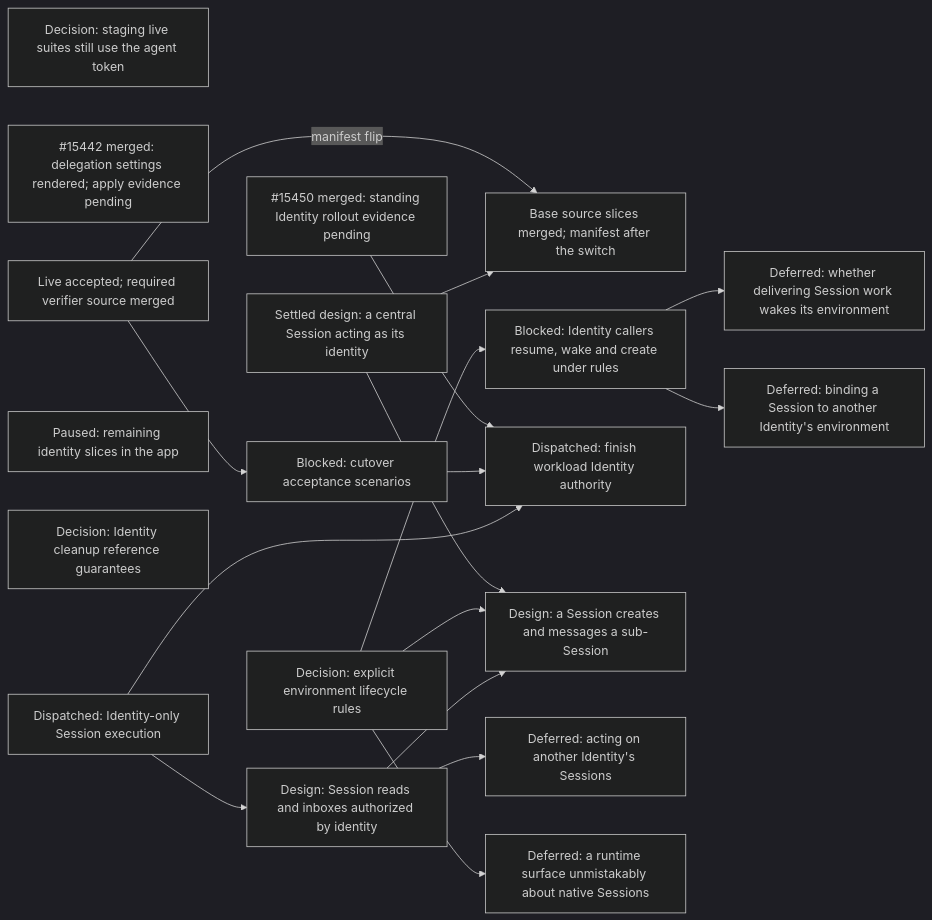
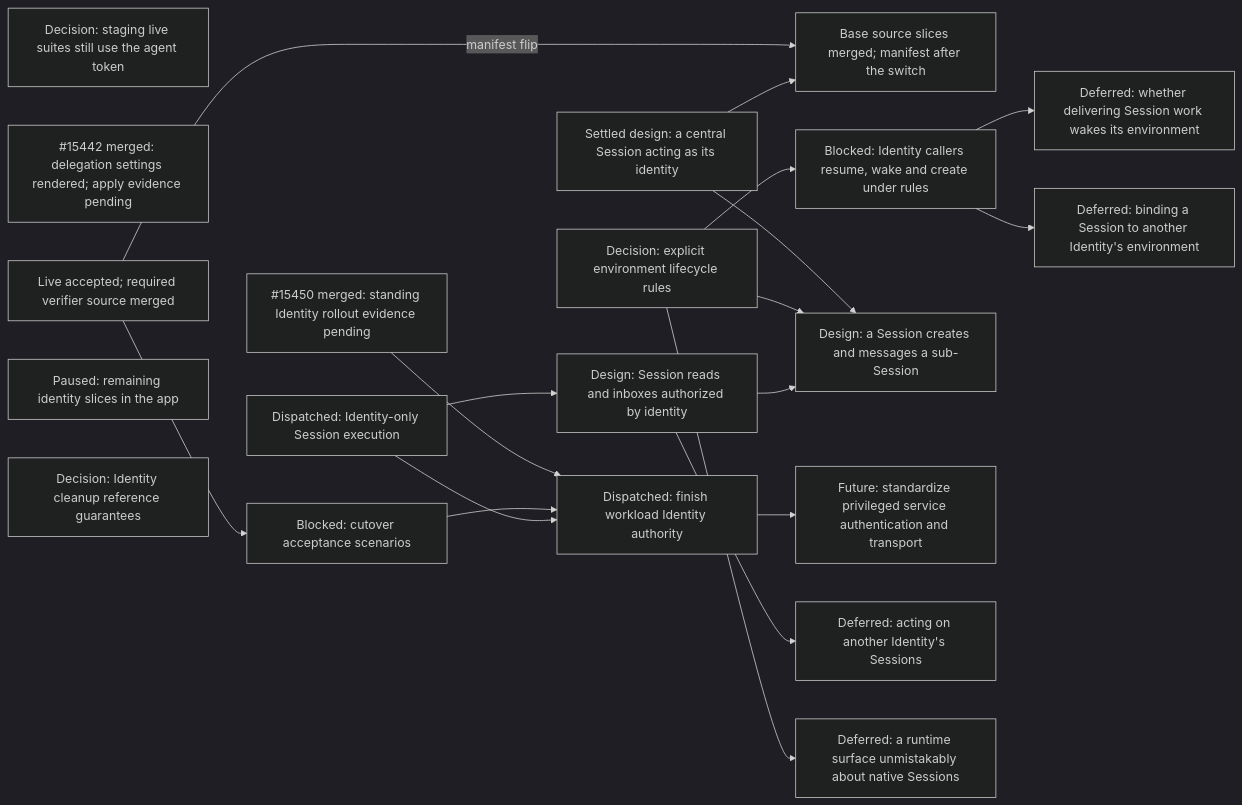
Before and after one commit to agentydragon/ducktape: diagram 16 of 18 in agentplane/plans/task_dag.md, drawn with Mermaid (dark theme). The commit also changed other lines of this file, not shown here.

Commit message:
agentplane: track privileged backend auth review

````diff
--- a/agentplane/plans/task_dag.md
+++ b/agentplane/plans/task_dag.md
@@ -3153,31 +3153,32 @@
 ```mermaid
 flowchart LR
     APP_AGENT_TOKEN_DECISION[Decision: staging live suites still use the agent token]
     SERVICES_IDENTITY_PRINCIPAL[#15442 merged: delegation settings rendered; apply evidence pending]
     CENTRAL_SESSION_ACTING_DESIGN[Settled design: a central Session acting as its identity]
     CENTRAL_SESSION_DELEGATED_ACTING[Base source slices merged; manifest after the switch]
     CENTRAL_SESSION_ACTING_DESIGN --> CENTRAL_SESSION_DELEGATED_ACTING
     SANDBOX_IDENTITY_SPEC -->|manifest flip| CENTRAL_SESSION_DELEGATED_ACTING
     STANDING_WORKLOAD_IDENTITY[#15450 merged: standing Identity rollout evidence pending]
     ENVIRONMENT_RULE_TYPE_DESIGN[Decision: explicit environment lifecycle rules]
     ENVIRONMENT_LIFECYCLE_RULES[Blocked: Identity callers resume, wake and create under rules]
     ENVIRONMENT_RULE_TYPE_DESIGN --> ENVIRONMENT_LIFECYCLE_RULES
     APP_IDENTITIES_UI[Paused: remaining identity slices in the app]
     IDENTITY_CLEANUP_REFERENCE_DECISION[Decision: Identity cleanup reference guarantees]
     SANDBOX_IDENTITY_SPEC[Live accepted; required verifier source merged]
     SANDBOX_IDENTITY_SPEC --> IDENTITY_SYSTEM_TESTS[Blocked: cutover acceptance scenarios]
     SESSION_SA_PRINCIPAL_REMOVAL[Dispatched: Identity-only Session execution]
     SESSION_SA_PRINCIPAL_REMOVAL --> IDENTITY_CUTOVER
     SESSION_SA_PRINCIPAL_REMOVAL --> SESSION_IDENTITY_AUTHZ
     SESSION_SUBAGENT_DELEGATION[Design: a Session creates and messages a sub-Session]
     SESSION_IDENTITY_AUTHZ --> SESSION_SUBAGENT_DELEGATION
     ENVIRONMENT_RULE_TYPE_DESIGN --> SESSION_SUBAGENT_DELEGATION
     CENTRAL_SESSION_ACTING_DESIGN --> SESSION_SUBAGENT_DELEGATION
     IDENTITY_SYSTEM_TESTS --> IDENTITY_CUTOVER[Dispatched: finish workload Identity authority]
     STANDING_WORKLOAD_IDENTITY --> IDENTITY_CUTOVER
+    IDENTITY_CUTOVER --> PRIVILEGED_BACKEND_AUTH_DESIGN[Future: standardize privileged service authentication and transport]
     SESSION_IDENTITY_AUTHZ[Design: Session reads and inboxes authorized by identity]
     SESSION_IDENTITY_AUTHZ --> SESSION_CROSS_IDENTITY_AUTHORITY[Deferred: acting on another Identity's Sessions]
     ENVIRONMENT_RULE_TYPE_DESIGN --> ENVIRONMENT_RUNTIME_NATIVE_SURFACE[Deferred: a runtime surface unmistakably about native Sessions]
     ENVIRONMENT_LIFECYCLE_RULES --> WAKE_ON_DELIVERY_DESIGN[Deferred: whether delivering Session work wakes its environment]
     ENVIRONMENT_LIFECYCLE_RULES --> CROSS_IDENTITY_SESSION_BINDING[Deferred: binding a Session to another Identity's environment]
 ```
````
